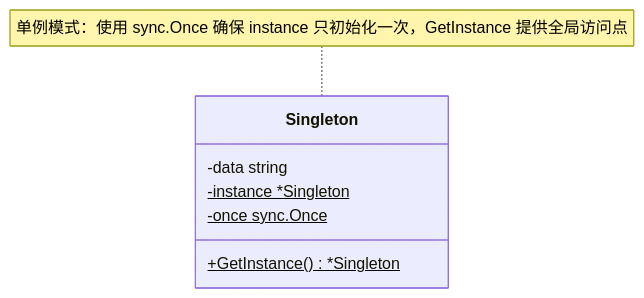
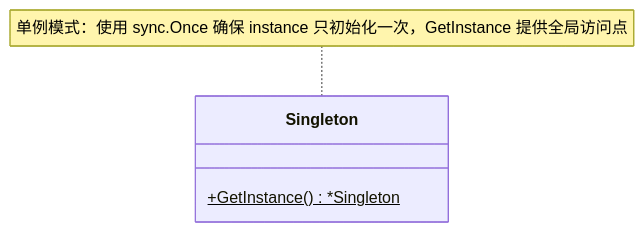
Before and after one commit to magicgopher/magicgopher-blog: the diagram in src/docs/zh/后端/01-Golang/03-Golang设计模式/02-单例模式.md, drawn with Mermaid. The commit also changed other lines of this file and 1 other file, not shown here.

Commit message:
docs(golang): 更新Go语言设计模式笔记。
修改单例设计模式文档。
更新简单工厂文档。

````diff
--- a/src/docs/zh/后端/01-Golang/03-Golang设计模式/02-单例模式.md
+++ b/src/docs/zh/后端/01-Golang/03-Golang设计模式/02-单例模式.md
@@ -29,10 +29,7 @@
 ```mermaid
 classDiagram
     class Singleton {
-        -data string
-        -instance *Singleton$
-        -once sync.Once$
         +GetInstance() *Singleton$
     }
     note for Singleton "单例模式：使用 sync.Once 确保 instance 只初始化一次，GetInstance 提供全局访问点"
 ```
````
